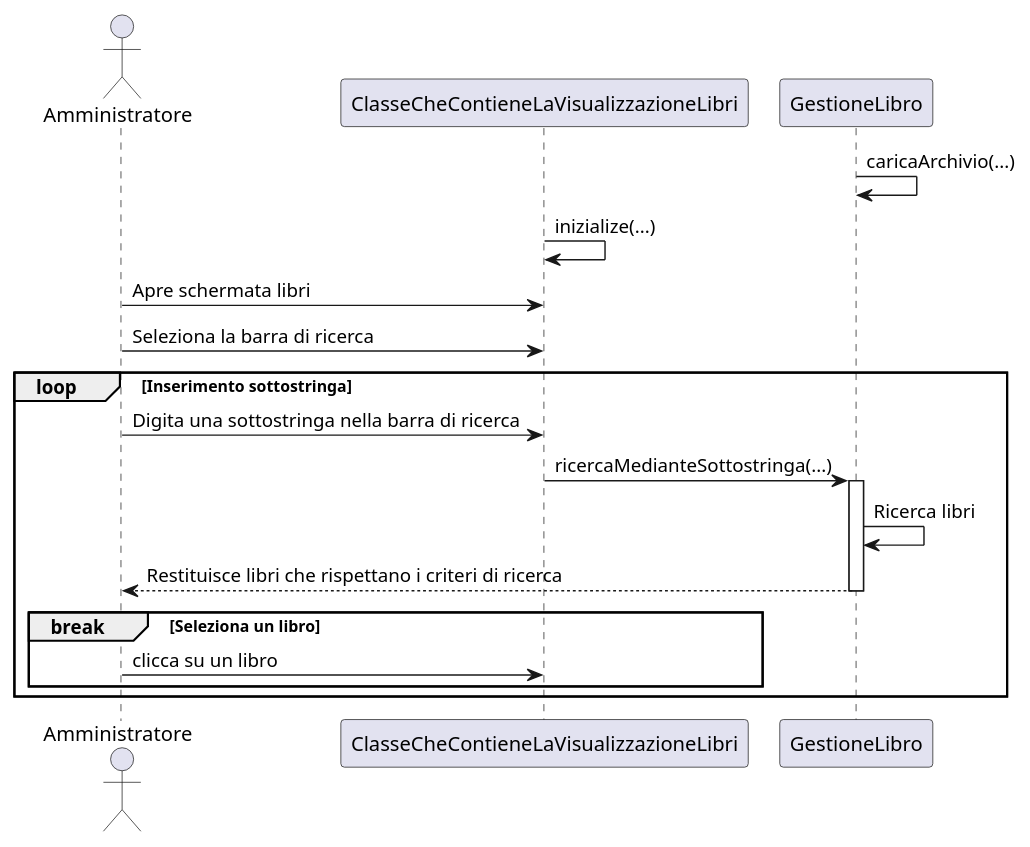
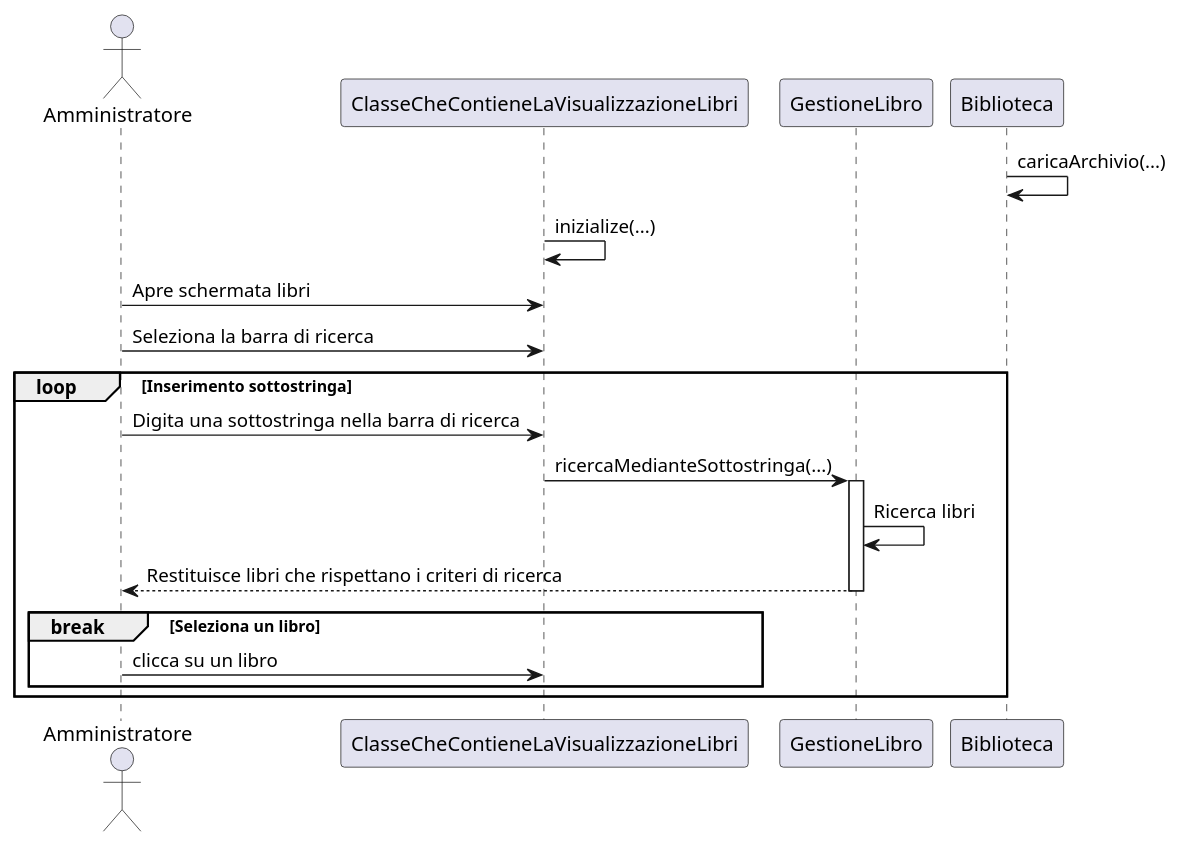
One commit to TitanVoid/ProgSE-Biblioteca changed the diagram in documents/DiagrammiUML/DiagrammiDiSequenza/diagrammaRicercaLibro.puml. Above: the diagram before and after it, drawn with PlantUML. The commit also changed 6 other files, not shown here.

Commit message:
Aggiornamento bozze .puml diagrammi di sequenza

```diff
--- a/documents/DiagrammiUML/DiagrammiDiSequenza/diagrammaRicercaLibro.puml
+++ b/documents/DiagrammiUML/DiagrammiDiSequenza/diagrammaRicercaLibro.puml
@@ -1,27 +1,30 @@
 @startuml
-actor Amministratore as a
-participant ClasseCheContieneLaVisualizzazioneLibri as cvl
-participant GestioneLibro as gl
 
+	actor Amministratore as a
+	participant ClasseCheContieneLaVisualizzazioneLibri as cvl
+	participant GestioneLibro as gl
+	participant Biblioteca as b
 
-gl->gl : caricaArchivio(...)
+	b->b: caricaArchivio(...)
+	
+	cvl->cvl: inizialize(...)
+	a->cvl: Apre schermata libri
+	a->cvl: Seleziona la barra di ricerca
+	
+	'Ogni volta che viene inserito un carattere viene aggiornata la ricerca
+	loop Inserimento sottostringa 
+		a->cvl: Digita una sottostringa nella barra di ricerca
+		cvl->gl: ricercaMedianteSottostringa(...)
+		activate gl
+			gl->gl: Ricerca libri
+			gl-->a:Restituisce libri che rispettano i criteri di ricerca
+		deactivate gl
+		
+		'Condizione di uscita dal loop
+		break Seleziona un libro 
+			a->cvl: clicca su un libro
+		end
 
-cvl->cvl: inizialize(...)
-a->cvl: Apre schermata libri
-a->cvl: Seleziona la barra di ricerca
-
-loop Inserimento sottostringa 
-
-	a->cvl: Digita una sottostringa nella barra di ricerca
-	cvl->gl: ricercaMedianteSottostringa(...)
-	activate gl
-		gl->gl: Ricerca libri
-		gl-->a:Restituisce libri che rispettano i criteri di ricerca
-	deactivate gl
-	break Seleziona un libro 
-		a->cvl: clicca su un libro
 	end
 
-end
-
 @enduml
```
